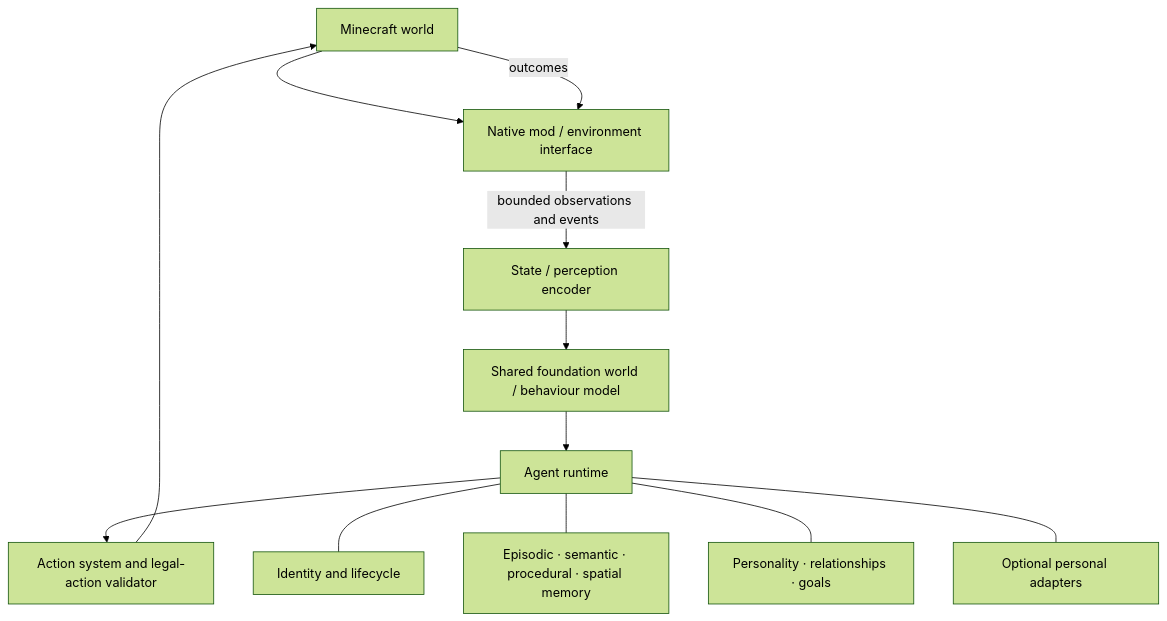
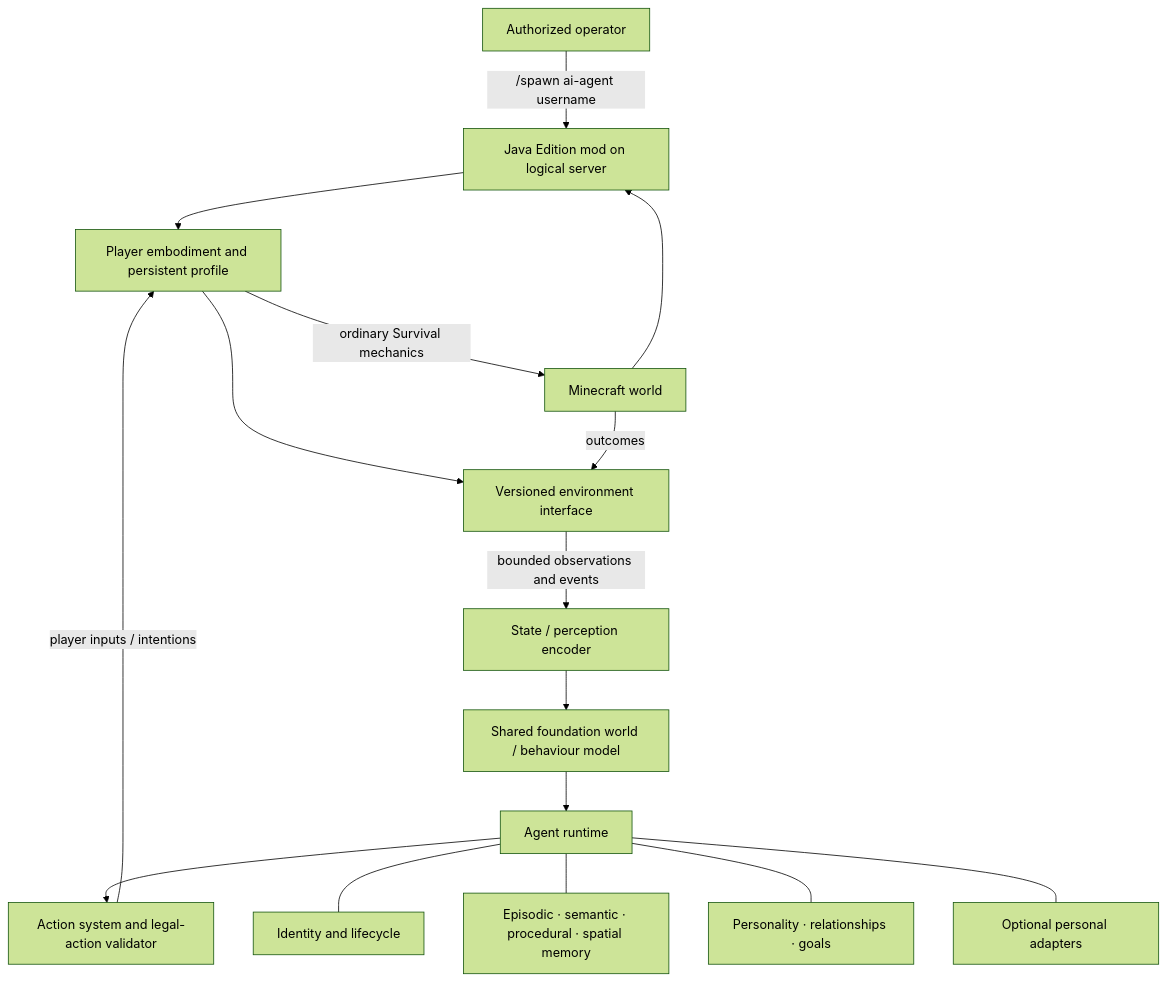
The diagram in ARCHITECTURE.md (xdCloudy/minecraft-native-intelligence), drawn with Mermaid (forest theme) before and after one commit. The commit also changed other lines of this file and 14 other files, not shown here.

Commit message:
docs: define Java mod player embodiment

````diff
--- a/ARCHITECTURE.md
+++ b/ARCHITECTURE.md
@@ -5,14 +5,18 @@
 ```mermaid
 flowchart TD
-    MC[Minecraft world] --> IF[Native mod / environment interface]
+    OP[Authorized operator] -->|/spawn ai-agent username| MOD[Java Edition mod on logical server]
+    MC[Minecraft world] --> MOD
+    MOD --> PEID[Player embodiment and persistent profile]
+    PEID --> IF[Versioned environment interface]
     IF -->|bounded observations and events| PE[State / perception encoder]
     PE --> FM[Shared foundation world / behaviour model]
     FM --> AR[Agent runtime]
     AR --> AS[Action system and legal-action validator]
-    AS --> MC
+    AS -->|player inputs / intentions| PEID
+    PEID -->|ordinary Survival mechanics| MC
     AR --- ID[Identity and lifecycle]
     AR --- MEM[Episodic · semantic · procedural · spatial memory]
     AR --- PS[Personality · relationships · goals]
     AR --- PA[Optional personal adapters]
     MC -->|outcomes| IF
 ```
````
